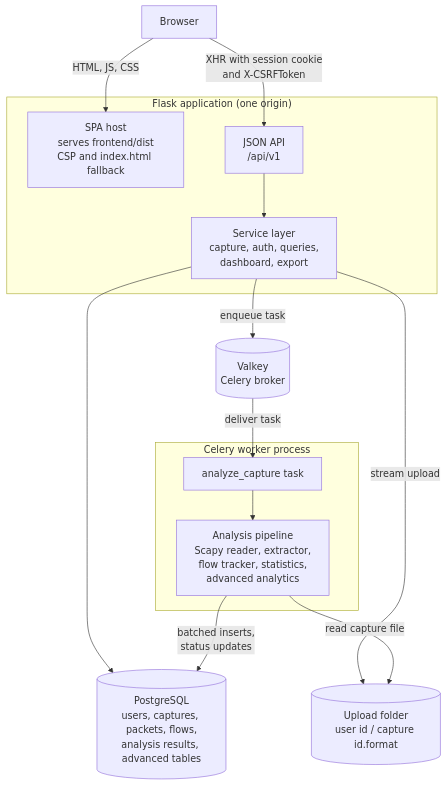
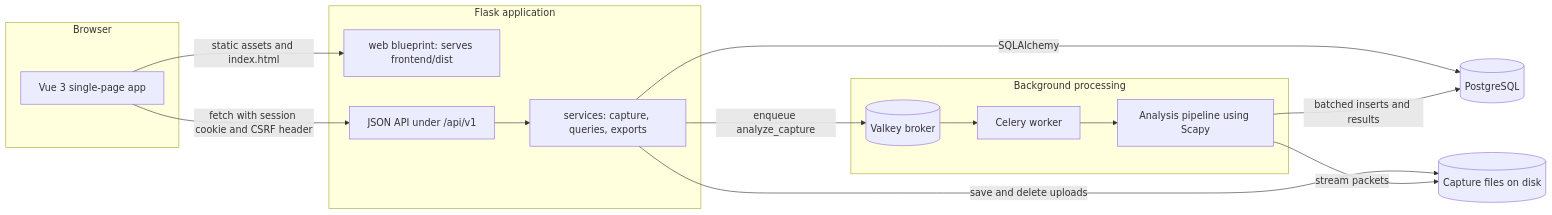
One commit to Rajlohith/devops-pbl changed the first of 6 diagrams in README.md. Above: the diagram before and after it, drawn with Mermaid. The commit also changed other lines of this file and 5 other files, not shown here.

````diff
--- a/README.md
+++ b/README.md
@@ -199,31 +317,32 @@
 ```mermaid
-flowchart TD
-    Browser["Browser"]
-
-    subgraph WebProcess["Flask application (one origin)"]
-        SPA["SPA host<br/>serves frontend/dist<br/>CSP and index.html fallback"]
-        API["JSON API<br/>/api/v1"]
-        Services["Service layer<br/>capture, auth, queries,<br/>dashboard, export"]
+flowchart LR
+    subgraph Client["Browser"]
+        SPA["Vue 3 single-page app"]
     end
 
-    Valkey[("Valkey<br/>Celery broker")]
-
-    subgraph Worker["Celery worker process"]
-        Task["analyze_capture task"]
-        Pipeline["Analysis pipeline<br/>Scapy reader, extractor,<br/>flow tracker, statistics,<br/>advanced analytics"]
+    subgraph Web["Flask application"]
+        WEB["web blueprint: serves frontend/dist"]
+        API["JSON API under /api/v1"]
+        SVC["services: capture, queries, exports"]
     end
 
-    Storage[("Upload folder<br/>user id / capture id.format")]
-    PG[("PostgreSQL<br/>users, captures, packets, flows,<br/>analysis results, advanced tables")]
+    subgraph Async["Background processing"]
+        BROKER[("Valkey broker")]
+        WORKER["Celery worker"]
+        PIPE["Analysis pipeline using Scapy"]
+    end
 
-    Browser -->|"HTML, JS, CSS"| SPA
-    Browser -->|"XHR with session cookie<br/>and X-CSRFToken"| API
-    API --> Services
-    Services --> PG
-    Services -->|"stream upload"| Storage
-    Services -->|"enqueue task"| Valkey
-    Valkey -->|"deliver task"| Task
-    Task --> Pipeline
-    Pipeline -->|"read capture file"| Storage
-    Pipeline -->|"batched inserts,<br/>status updates"| PG
+    DB[("PostgreSQL")]
+    FILES[("Capture files on disk")]
+
+    SPA -->|"static assets and index.html"| WEB
+    SPA -->|"fetch with session cookie and CSRF header"| API
+    API --> SVC
+    SVC -->|"SQLAlchemy"| DB
+    SVC -->|"save and delete uploads"| FILES
+    SVC -->|"enqueue analyze_capture"| BROKER
+    BROKER --> WORKER
+    WORKER --> PIPE
+    PIPE -->|"stream packets"| FILES
+    PIPE -->|"batched inserts and results"| DB
 ```
````
